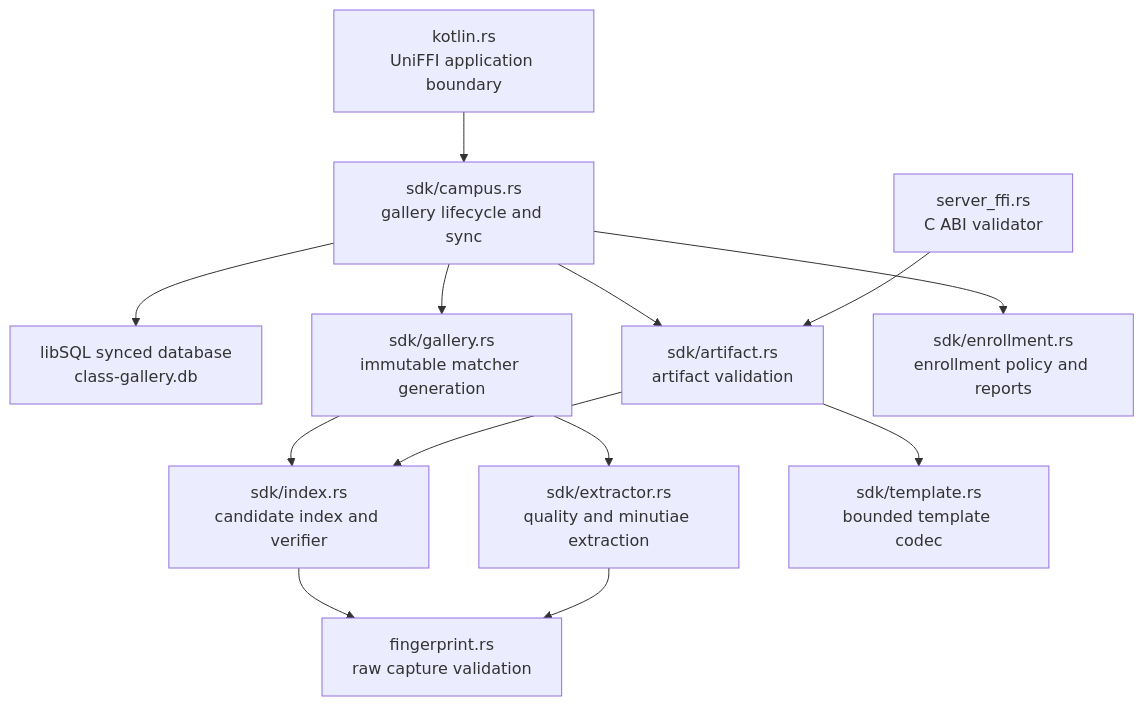
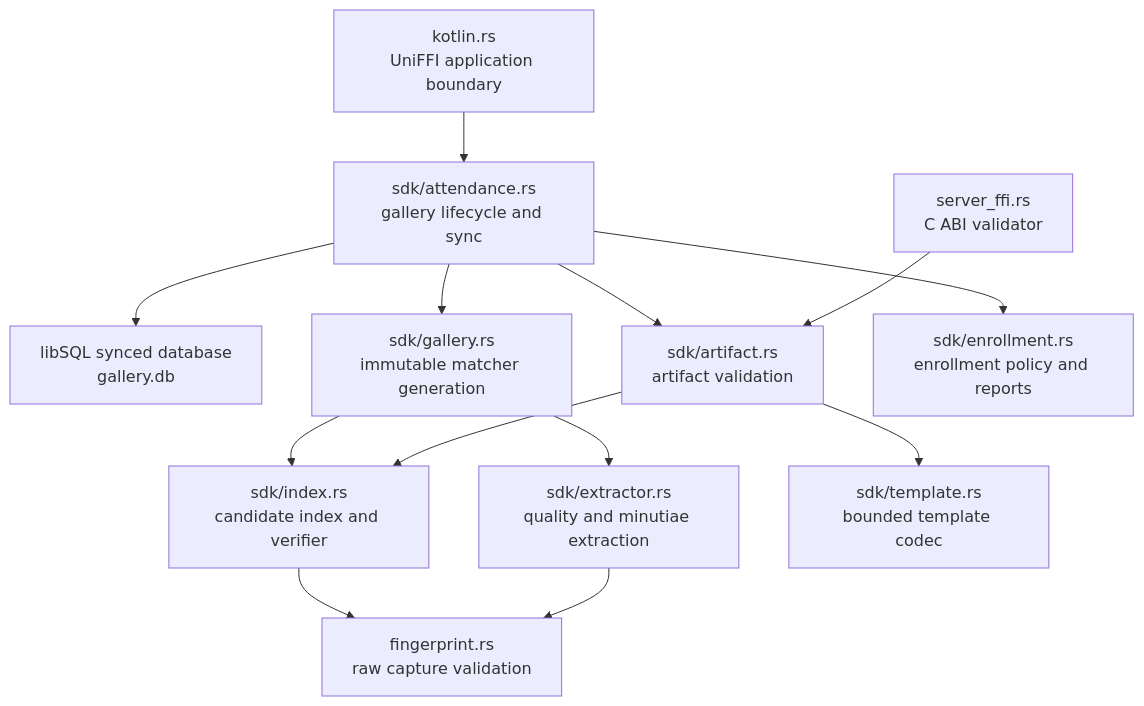
The first of 4 diagrams in feature/biometrics/verification/src/commonMain/rust/docs/sdk-architecture.md (DataInfosec/tanda), drawn with Mermaid before and after one commit. The commit also changed other lines of this file and 24 other files, not shown here.

````diff
--- a/feature/biometrics/verification/src/commonMain/rust/docs/sdk-architecture.md
+++ b/feature/biometrics/verification/src/commonMain/rust/docs/sdk-architecture.md
@@ -20,15 +21,15 @@
 ```mermaid
 flowchart TB
-    kotlin["kotlin.rs\nUniFFI application boundary"] --> campus["sdk/campus.rs\ngallery lifecycle and sync"]
-    campus --> libsql["libSQL synced database\nclass-gallery.db"]
-    campus --> gallery["sdk/gallery.rs\nimmutable matcher generation"]
-    campus --> artifact["sdk/artifact.rs\nartifact validation"]
-    campus --> enrollment["sdk/enrollment.rs\nenrollment policy and reports"]
+    kotlin["kotlin.rs\nUniFFI application boundary"] --> attendance["sdk/attendance.rs\ngallery lifecycle and sync"]
+    attendance --> libsql["libSQL synced database\ngallery.db"]
+    attendance --> gallery["sdk/gallery.rs\nimmutable matcher generation"]
+    attendance --> artifact["sdk/artifact.rs\nartifact validation"]
+    attendance --> enrollment["sdk/enrollment.rs\nenrollment policy and reports"]
     gallery --> index["sdk/index.rs\ncandidate index and verifier"]
     gallery --> extractor["sdk/extractor.rs\nquality and minutiae extraction"]
     artifact --> template["sdk/template.rs\nbounded template codec"]
     artifact --> index
     server["server_ffi.rs\nC ABI validator"] --> artifact
     index --> fingerprint["fingerprint.rs\nraw capture validation"]
     extractor --> fingerprint
 ```
````
